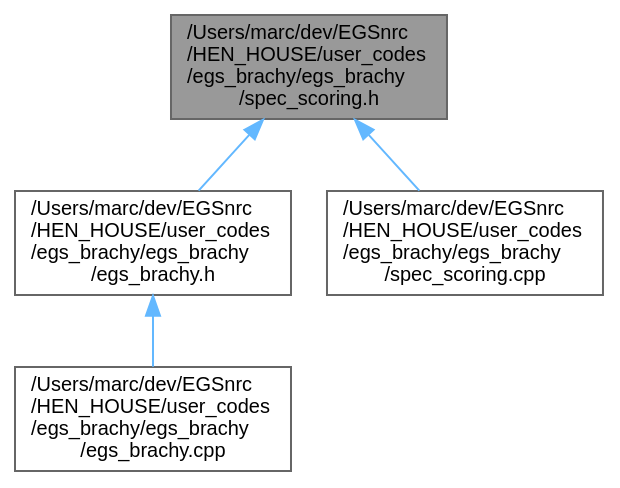
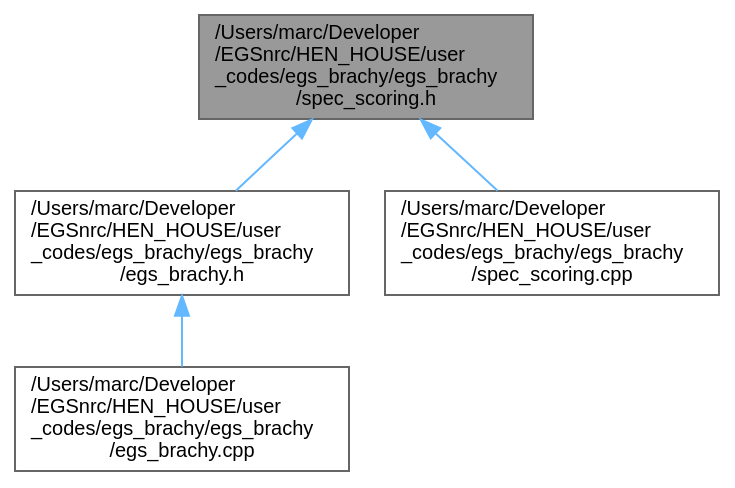
Before and after one commit to clrp-code/egs_brachy: the diagram in docs/spec__scoring_8h__dep__incl.dot, drawn with Graphviz. The commit also changed 696 other files, not shown here.

```diff
--- a/docs/spec__scoring_8h__dep__incl.dot
+++ b/docs/spec__scoring_8h__dep__incl.dot
@@ -1,14 +1,14 @@
-digraph "/Users/marc/dev/EGSnrc/HEN_HOUSE/user_codes/egs_brachy/egs_brachy/spec_scoring.h"
+digraph "/Users/marc/Developer/EGSnrc/HEN_HOUSE/user_codes/egs_brachy/egs_brachy/spec_scoring.h"
 {
  // LATEX_PDF_SIZE
   bgcolor="transparent";
   edge [fontname=Helvetica,fontsize=10,labelfontname=Helvetica,labelfontsize=10];
   node [fontname=Helvetica,fontsize=10,shape=box,height=0.2,width=0.4];
-  Node1 [label="/Users/marc/dev/EGSnrc\l/HEN_HOUSE/user_codes\l/egs_brachy/egs_brachy\l/spec_scoring.h",height=0.2,width=0.4,color="gray40", fillcolor="grey60", style="filled", fontcolor="black",tooltip="Definition of spectrum scoring classes."];
-  Node1 -> Node2 [dir="back",color="steelblue1",style="solid"];
-  Node2 [label="/Users/marc/dev/EGSnrc\l/HEN_HOUSE/user_codes\l/egs_brachy/egs_brachy\l/egs_brachy.h",height=0.2,width=0.4,color="grey40", fillcolor="white", style="filled",URL="$egs__brachy_8h.html",tooltip="the main egs_brachy application header file"];
-  Node2 -> Node3 [dir="back",color="steelblue1",style="solid"];
-  Node3 [label="/Users/marc/dev/EGSnrc\l/HEN_HOUSE/user_codes\l/egs_brachy/egs_brachy\l/egs_brachy.cpp",height=0.2,width=0.4,color="grey40", fillcolor="white", style="filled",URL="$egs__brachy_8cpp.html",tooltip="the main egs_brachy application implementation file"];
-  Node1 -> Node4 [dir="back",color="steelblue1",style="solid"];
-  Node4 [label="/Users/marc/dev/EGSnrc\l/HEN_HOUSE/user_codes\l/egs_brachy/egs_brachy\l/spec_scoring.cpp",height=0.2,width=0.4,color="grey40", fillcolor="white", style="filled",URL="$spec__scoring_8cpp.html",tooltip="implementation of spectrum scoring classes."];
+  Node1 [id="Node000001",label="/Users/marc/Developer\l/EGSnrc/HEN_HOUSE/user\l_codes/egs_brachy/egs_brachy\l/spec_scoring.h",height=0.2,width=0.4,color="gray40", fillcolor="grey60", style="filled", fontcolor="black",tooltip="Definition of spectrum scoring classes."];
+  Node1 -> Node2 [id="edge1_Node000001_Node000002",dir="back",color="steelblue1",style="solid",tooltip=" "];
+  Node2 [id="Node000002",label="/Users/marc/Developer\l/EGSnrc/HEN_HOUSE/user\l_codes/egs_brachy/egs_brachy\l/egs_brachy.h",height=0.2,width=0.4,color="grey40", fillcolor="white", style="filled",URL="$egs__brachy_8h.html",tooltip="the main egs_brachy application header file"];
+  Node2 -> Node3 [id="edge2_Node000002_Node000003",dir="back",color="steelblue1",style="solid",tooltip=" "];
+  Node3 [id="Node000003",label="/Users/marc/Developer\l/EGSnrc/HEN_HOUSE/user\l_codes/egs_brachy/egs_brachy\l/egs_brachy.cpp",height=0.2,width=0.4,color="grey40", fillcolor="white", style="filled",URL="$egs__brachy_8cpp.html",tooltip="the main egs_brachy application implementation file"];
+  Node1 -> Node4 [id="edge3_Node000001_Node000004",dir="back",color="steelblue1",style="solid",tooltip=" "];
+  Node4 [id="Node000004",label="/Users/marc/Developer\l/EGSnrc/HEN_HOUSE/user\l_codes/egs_brachy/egs_brachy\l/spec_scoring.cpp",height=0.2,width=0.4,color="grey40", fillcolor="white", style="filled",URL="$spec__scoring_8cpp.html",tooltip="implementation of spectrum scoring classes."];
 }
```
